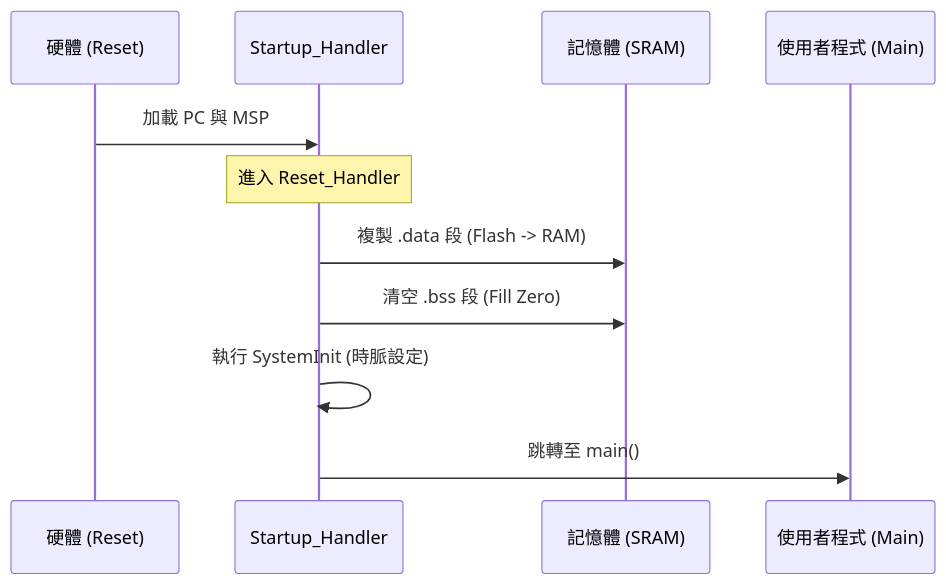
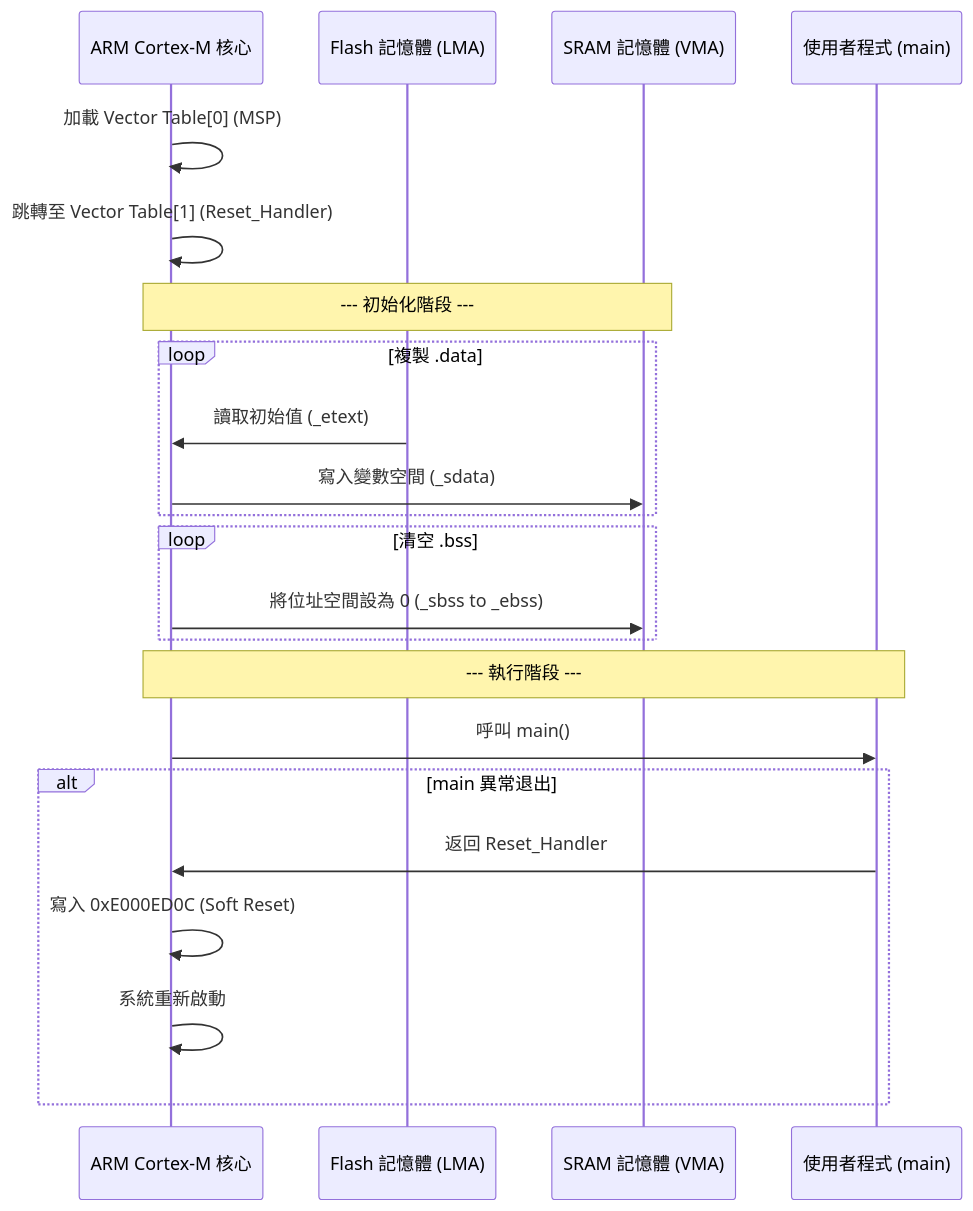
The first of 2 diagrams in README.md (PlusRon/Firmware-STM32-SSD-Emulator), drawn with Mermaid before and after one commit.

````diff
--- a/README.md
+++ b/README.md
@@ -50,14 +50,29 @@
     ```mermaid
     sequenceDiagram
-    participant HW as 硬體 (Reset)
-    participant ST as Startup_Handler
-    participant RAM as 記憶體 (SRAM)
-    participant APP as 使用者程式 (Main)
-  
-    HW->>ST: 加載 PC 與 MSP
-    Note over ST: 進入 Reset_Handler
-    ST->>RAM: 複製 .data 段 (Flash -> RAM)
-    ST->>RAM: 清空 .bss 段 (Fill Zero)
-    ST->>ST: 執行 SystemInit (時脈設定)
-    ST->>APP: 跳轉至 main()
+    participant HW as ARM Cortex-M 核心
+    participant FLASH as Flash 記憶體 (LMA)
+    participant RAM as SRAM 記憶體 (VMA)
+    participant APP as 使用者程式 (main)
+
+    HW->>HW: 加載 Vector Table[0] (MSP)
+    HW->>HW: 跳轉至 Vector Table[1] (Reset_Handler)
+    
+    Note over HW, RAM: --- 初始化階段 ---
+    loop 複製 .data
+        FLASH->>HW: 讀取初始值 (_etext)
+        HW->>RAM: 寫入變數空間 (_sdata)
+    end
+
+    loop 清空 .bss
+        HW->>RAM: 將位址空間設為 0 (_sbss to _ebss)
+    end
+
+    Note over HW, APP: --- 執行階段 ---
+    HW->>APP: 呼叫 main()
+    
+    alt main 異常退出
+        APP->>HW: 返回 Reset_Handler
+        HW->>HW: 寫入 0xE000ED0C (Soft Reset)
+        HW->>HW: 系統重新啟動
+    end
     ```
````
